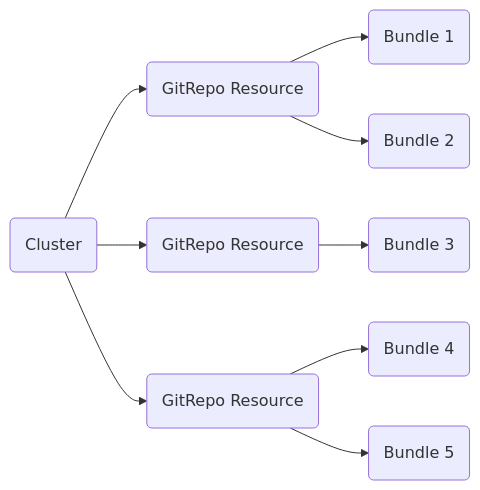
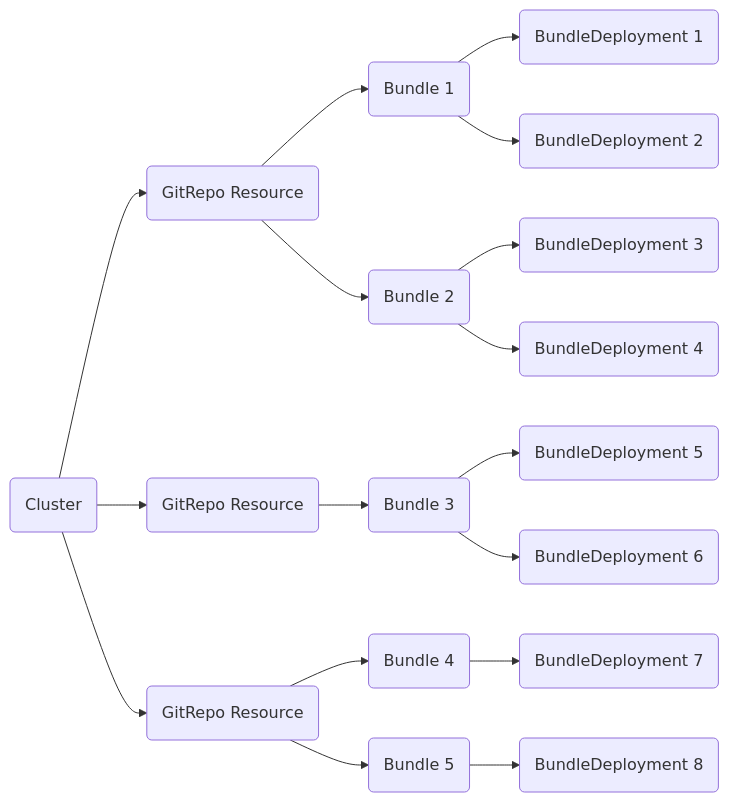
The diagram in images/dashboard-org-from-cluster-with-paths.mmd (p-se/fleet-dashboards-for-support), drawn with Mermaid before and after one commit. The commit also changed other lines of this file and 11 other files, not shown here.

```diff
--- a/images/dashboard-org-from-cluster-with-paths.mmd
+++ b/images/dashboard-org-from-cluster-with-paths.mmd
@@ -1,15 +1,33 @@
 flowchart LR
     GR1(GitRepo Resource)
     GR2(GitRepo Resource)
     GR3(GitRepo Resource)
     C(Cluster)
 
     C --> GR1
     C --> GR2
     C --> GR3
 
     GR1 --> BD1(Bundle 1)
     GR1 --> BD2(Bundle 2)
     GR2 --> BD3(Bundle 3)
-    GR3--> BD4(Bundle 4)
-    GR3--> BD5(Bundle 5)
+    GR3 --> BD4(Bundle 4)
+    GR3 --> BD5(Bundle 5)
+
+    BDD1(BundleDeployment 1)
+    BDD2(BundleDeployment 2)
+    BDD3(BundleDeployment 3)
+    BDD4(BundleDeployment 4)
+    BDD5(BundleDeployment 5)
+    BDD6(BundleDeployment 6)
+    BDD7(BundleDeployment 7)
+    BDD8(BundleDeployment 8)
+
+    BD1 --> BDD1
+    BD1 --> BDD2
+    BD2 --> BDD3
+    BD2 --> BDD4
+    BD3 --> BDD5
+    BD3 --> BDD6
+    BD4 --> BDD7
+    BD5 --> BDD8
```
